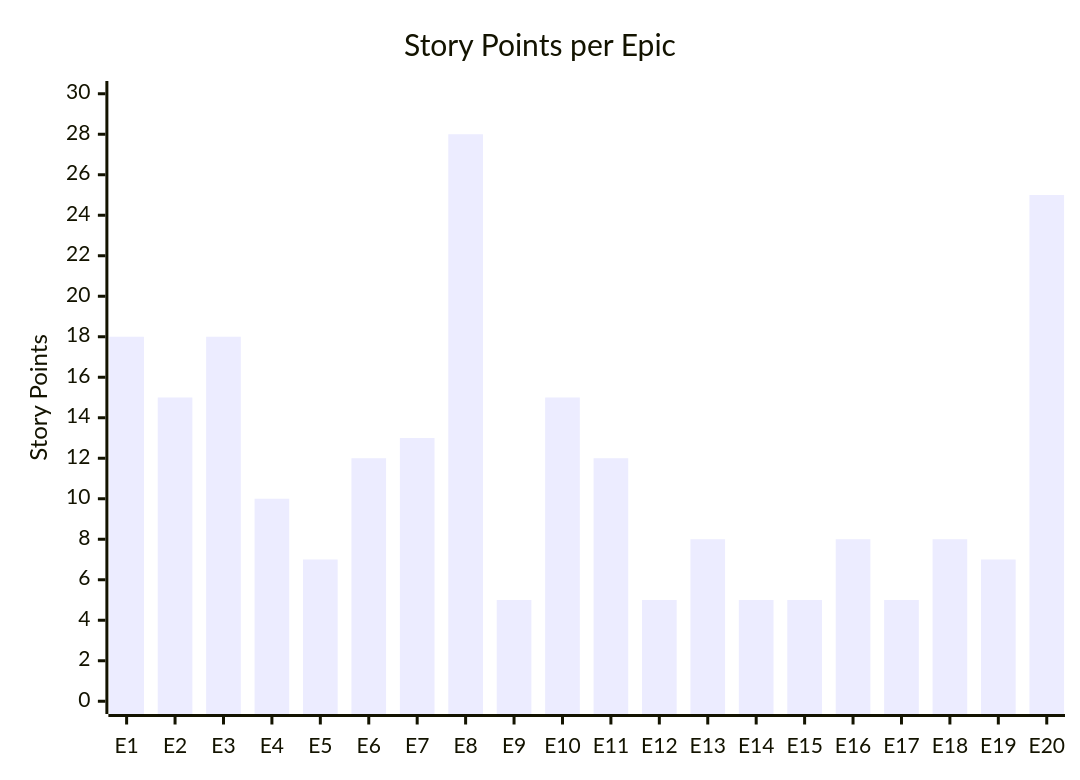
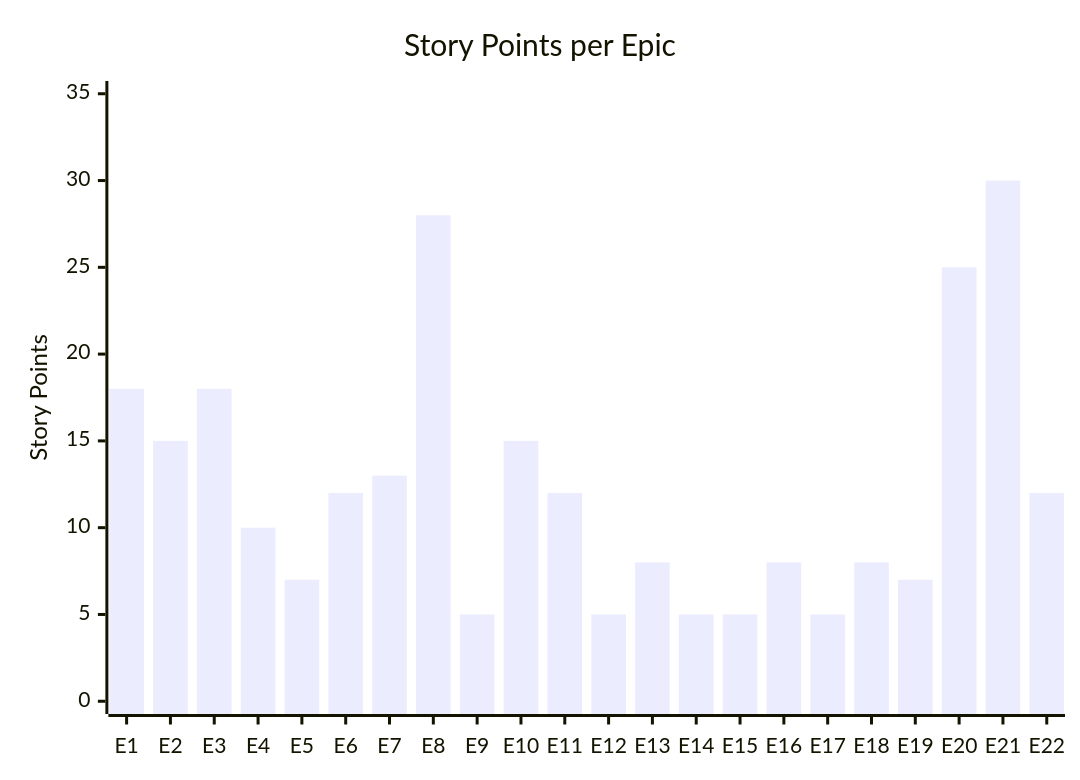
One commit to BenoitGoethals/WarriorFit changed the first of 5 diagrams in documentation/sprint_analysis.md. Above: the diagram before and after it, drawn with Mermaid. The commit also changed other lines of this file, not shown here.

````diff
--- a/documentation/sprint_analysis.md
+++ b/documentation/sprint_analysis.md
@@ -52,7 +54,7 @@
 ```mermaid
 xychart-beta
     title "Story Points per Epic"
-    x-axis ["E1", "E2", "E3", "E4", "E5", "E6", "E7", "E8", "E9", "E10", "E11", "E12", "E13", "E14", "E15", "E16", "E17", "E18", "E19", "E20"]
-    y-axis "Story Points" 0 --> 30
-    bar [18, 15, 18, 10, 7, 12, 13, 28, 5, 15, 12, 5, 8, 5, 5, 8, 5, 8, 7, 25]
+    x-axis ["E1", "E2", "E3", "E4", "E5", "E6", "E7", "E8", "E9", "E10", "E11", "E12", "E13", "E14", "E15", "E16", "E17", "E18", "E19", "E20", "E21", "E22"]
+    y-axis "Story Points" 0 --> 35
+    bar [18, 15, 18, 10, 7, 12, 13, 28, 5, 15, 12, 5, 8, 5, 5, 8, 5, 8, 7, 25, 30, 12]
 ```
````
